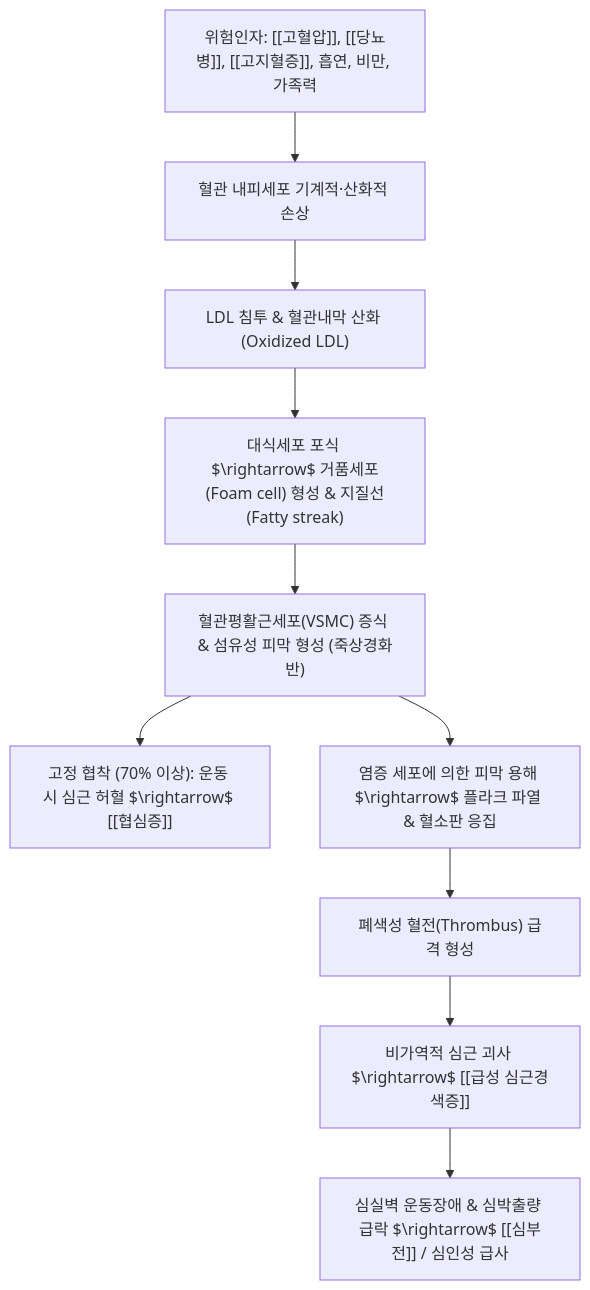
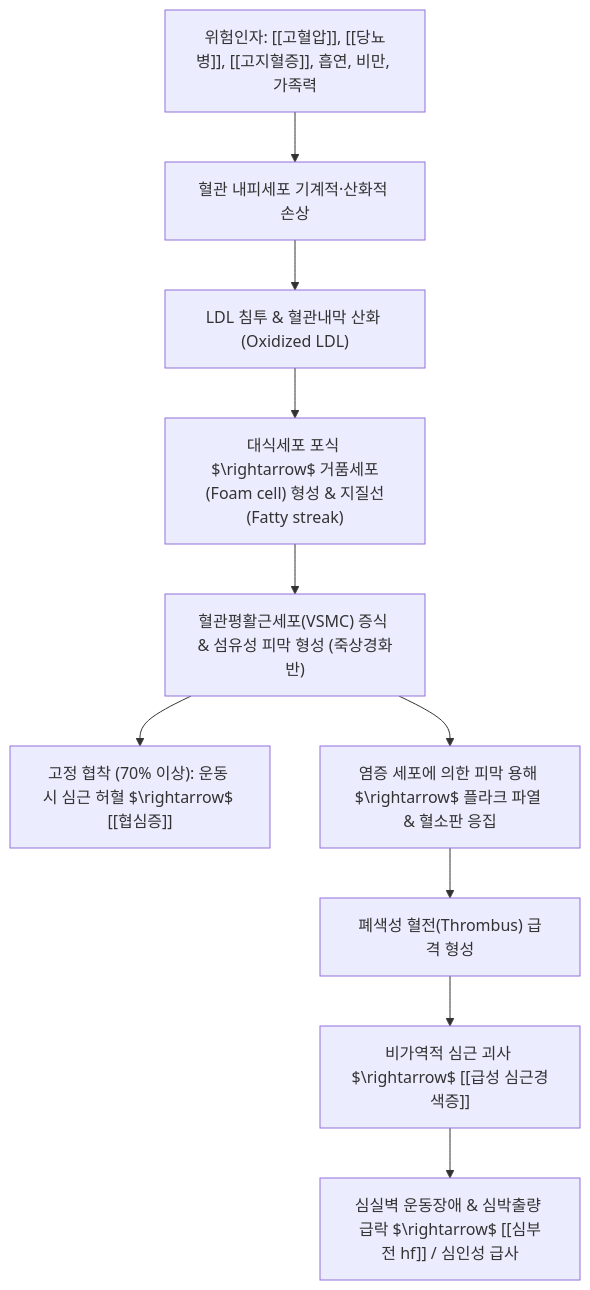
One commit to simbio11/simbio-digital-garden2 changed the diagram in content/3. 이론 공부/질환/순환기 질환/관상동맥·허혈/관상동맥질환.md. Above: the diagram before and after it, drawn with Mermaid. The commit also changed 442 other files, not shown here.

````diff
--- a/content/3. 이론 공부/질환/순환기 질환/관상동맥·허혈/관상동맥질환.md
+++ b/content/3. 이론 공부/질환/순환기 질환/관상동맥·허혈/관상동맥질환.md
@@ -75,15 +75,15 @@
 ```mermaid
 graph TD
     Risk["위험인자: [[고혈압]], [[당뇨병]], [[고지혈증]], 흡연, 비만, 가족력"] --> EndoDamage["혈관 내피세포 기계적·산화적 손상"]
 
     EndoDamage --> Influx["LDL 침투 & 혈관내막 산화 (Oxidized LDL)"]
     Influx --> Foam["대식세포 포식 $\rightarrow$ 거품세포(Foam cell) 형성 & 지질선(Fatty streak)"]
     Foam --> Fibrous["혈관평활근세포(VSMC) 증식 & 섬유성 피막 형성 (죽상경화반)"]
 
     Fibrous --> StablePlaque["고정 협착 (70% 이상): 운동 시 심근 허혈 $\rightarrow$ [[협심증]]"]
     Fibrous --> Rupture["염증 세포에 의한 피막 용해 $\rightarrow$ 플라크 파열 & 혈소판 응집"]
 
     Rupture --> Thrombus["폐색성 혈전(Thrombus) 급격 형성"]
     Thrombus --> Necrosis["비가역적 심근 괴사 $\rightarrow$ [[급성 심근경색증]]"]
-    Necrosis --> Remodeling["심실벽 운동장애 & 심박출량 급락 $\rightarrow$ [[심부전]] / 심인성 급사"]
+    Necrosis --> Remodeling["심실벽 운동장애 & 심박출량 급락 $\rightarrow$ [[심부전 hf]] / 심인성 급사"]
 ```
````
